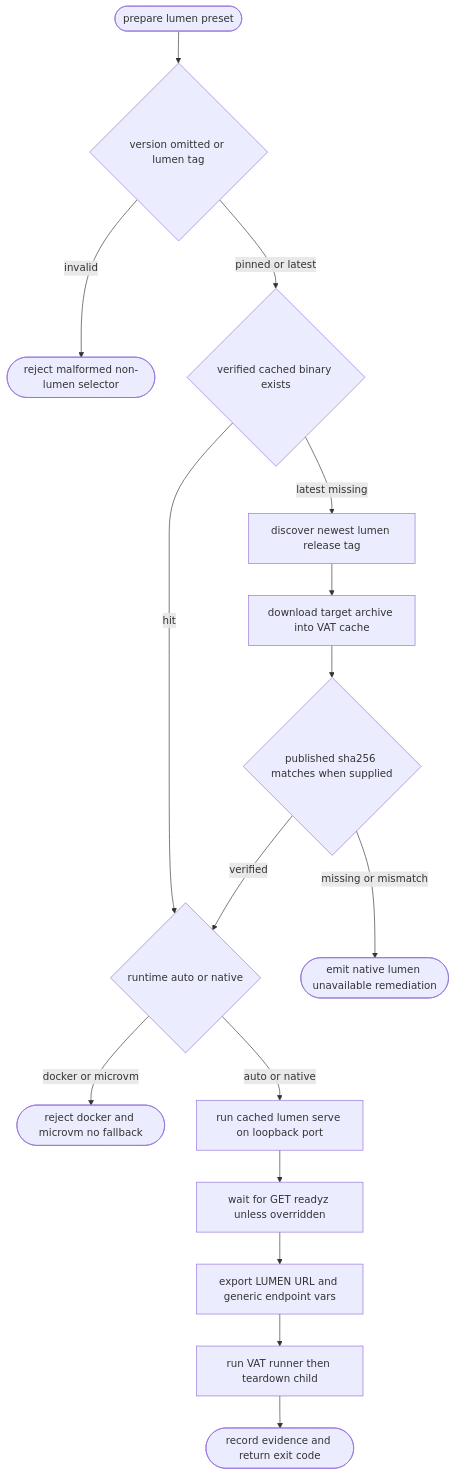
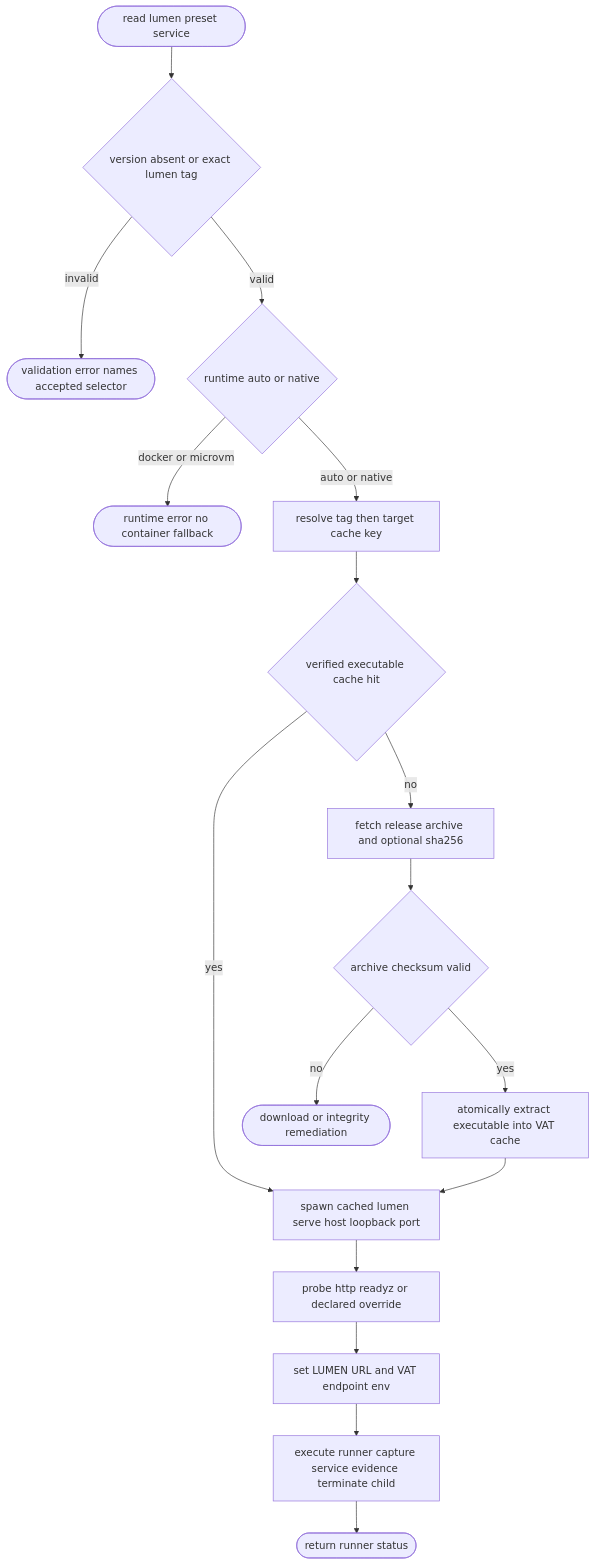
One commit to chrischeng-c4/axiom changed the first of 2 diagrams in apps/vat/tech-design/logic/add-versioned-native-lumen-service-preset.md. Above: the diagram before and after it, drawn with Mermaid. The commit also changed other lines of this file, not shown here.

Commit message:
td(1813) — contract section: logic
Lifecycle-Slug: 1813
Work-Item: 1813
Lifecycle-Stage: Td-Section
Lifecycle-Phase: td_contract_in_progress
Lifecycle-Pass: contract
TD-Section: logic
Previous-Phase: td_applicability_created
Next-Phase: td_contract_in_progress
Next-Command: aw td create

````diff
--- a/apps/vat/tech-design/logic/add-versioned-native-lumen-service-preset.md
+++ b/apps/vat/tech-design/logic/add-versioned-native-lumen-service-preset.md
@@ -10,54 +10,57 @@
 ```mermaid
 ---
-id: vat-versioned-native-lumen-preset-logic
-entry: start
+id: vat-versioned-native-lumen-preset-contract
+entry: input
 nodes:
-  start: { kind: start, label: "prepare lumen preset" }
-  selector: { kind: decision, label: "version omitted or lumen tag" }
-  invalid: { kind: terminal, label: "reject malformed non-lumen selector" }
-  cache: { kind: decision, label: "verified cached binary exists" }
-  latest: { kind: process, label: "discover newest lumen release tag" }
-  fetch: { kind: process, label: "download target archive into VAT cache" }
-  checksum: { kind: decision, label: "published sha256 matches when supplied" }
-  unavailable: { kind: terminal, label: "emit native lumen unavailable remediation" }
+  input: { kind: start, label: "read lumen preset service" }
+  version: { kind: decision, label: "version absent or exact lumen tag" }
+  reject_version: { kind: terminal, label: "validation error names accepted selector" }
   runtime: { kind: decision, label: "runtime auto or native" }
-  reject_runtime: { kind: terminal, label: "reject docker and microvm no fallback" }
-  start_lumen: { kind: process, label: "run cached lumen serve on loopback port" }
-  ready: { kind: process, label: "wait for GET readyz unless overridden" }
-  export: { kind: process, label: "export LUMEN_URL and generic endpoint vars" }
-  runner: { kind: process, label: "run VAT runner then teardown child" }
-  done: { kind: terminal, label: "record evidence and return exit code" }
+  reject_runtime: { kind: terminal, label: "runtime error no container fallback" }
+  resolve: { kind: process, label: "resolve tag then target cache key" }
+  hit: { kind: decision, label: "verified executable cache hit" }
+  release: { kind: process, label: "fetch release archive and optional sha256" }
+  verify: { kind: decision, label: "archive checksum valid" }
+  reject_fetch: { kind: terminal, label: "download or integrity remediation" }
+  materialize: { kind: process, label: "atomically extract executable into VAT cache" }
+  serve: { kind: process, label: "spawn cached lumen serve host loopback port" }
+  ready: { kind: process, label: "probe http readyz or declared override" }
+  env: { kind: process, label: "set LUMEN URL and VAT endpoint env" }
+  execute: { kind: process, label: "execute runner, capture service evidence, terminate child" }
+  output: { kind: terminal, label: "return runner status" }
 edges:
-  - { from: start, to: selector }
-  - { from: selector, to: invalid, label: "invalid" }
-  - { from: selector, to: cache, label: "pinned or latest" }
-  - { from: cache, to: runtime, label: "hit" }
-  - { from: cache, to: latest, label: "latest missing" }
-  - { from: latest, to: fetch }
-  - { from: fetch, to: checksum }
-  - { from: checksum, to: unavailable, label: "missing or mismatch" }
-  - { from: checksum, to: runtime, label: "verified" }
+  - { from: input, to: version }
+  - { from: version, to: reject_version, label: "invalid" }
+  - { from: version, to: runtime, label: "valid" }
   - { from: runtime, to: reject_runtime, label: "docker or microvm" }
-  - { from: runtime, to: start_lumen, label: "auto or native" }
-  - { from: start_lumen, to: ready }
-  - { from: ready, to: export }
-  - { from: export, to: runner }
-  - { from: runner, to: done }
+  - { from: runtime, to: resolve, label: "auto or native" }
+  - { from: resolve, to: hit }
+  - { from: hit, to: serve, label: "yes" }
+  - { from: hit, to: release, label: "no" }
+  - { from: release, to: verify }
+  - { from: verify, to: reject_fetch, label: "no" }
+  - { from: verify, to: materialize, label: "yes" }
+  - { from: materialize, to: serve }
+  - { from: serve, to: ready }
+  - { from: ready, to: env }
+  - { from: env, to: execute }
+  - { from: execute, to: output }
 ---
 flowchart TD
-    start([prepare lumen preset]) --> selector{version omitted or lumen tag}
-    selector -- invalid --> invalid([reject malformed non-lumen selector])
-    selector -- pinned or latest --> cache{verified cached binary exists}
-    cache -- hit --> runtime{runtime auto or native}
-    cache -- latest missing --> latest[discover newest lumen release tag]
-    latest --> fetch[download target archive into VAT cache]
-    fetch --> checksum{published sha256 matches when supplied}
-    checksum -- missing or mismatch --> unavailable([emit native lumen unavailable remediation])
-    checksum -- verified --> runtime
-    runtime -- docker or microvm --> reject_runtime([reject docker and microvm no fallback])
-    runtime -- auto or native --> start_lumen[run cached lumen serve on loopback port]
-    start_lumen --> ready[wait for GET readyz unless overridden]
-    ready --> export[export LUMEN URL and generic endpoint vars]
-    export --> runner[run VAT runner then teardown child]
-    runner --> done([record evidence and return exit code])
+    input([read lumen preset service]) --> version{version absent or exact lumen tag}
+    version -- invalid --> reject_version([validation error names accepted selector])
+    version -- valid --> runtime{runtime auto or native}
+    runtime -- docker or microvm --> reject_runtime([runtime error no container fallback])
+    runtime -- auto or native --> resolve[resolve tag then target cache key]
+    resolve --> hit{verified executable cache hit}
+    hit -- yes --> serve[spawn cached lumen serve host loopback port]
+    hit -- no --> release[fetch release archive and optional sha256]
+    release --> verify{archive checksum valid}
+    verify -- no --> reject_fetch([download or integrity remediation])
+    verify -- yes --> materialize[atomically extract executable into VAT cache]
+    materialize --> serve
+    serve --> ready[probe http readyz or declared override]
+    ready --> env[set LUMEN URL and VAT endpoint env]
+    env --> execute[execute runner capture service evidence terminate child]
+    execute --> output([return runner status])
 ```
````
